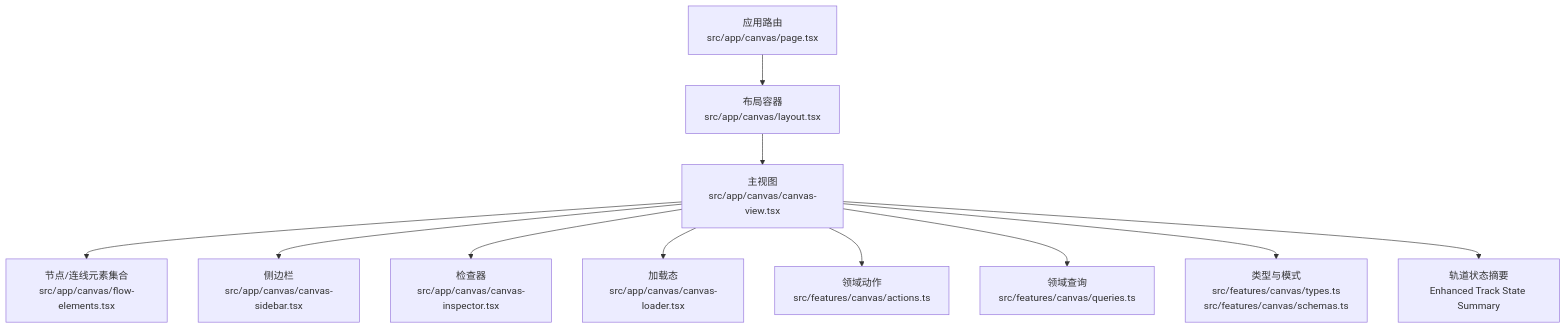
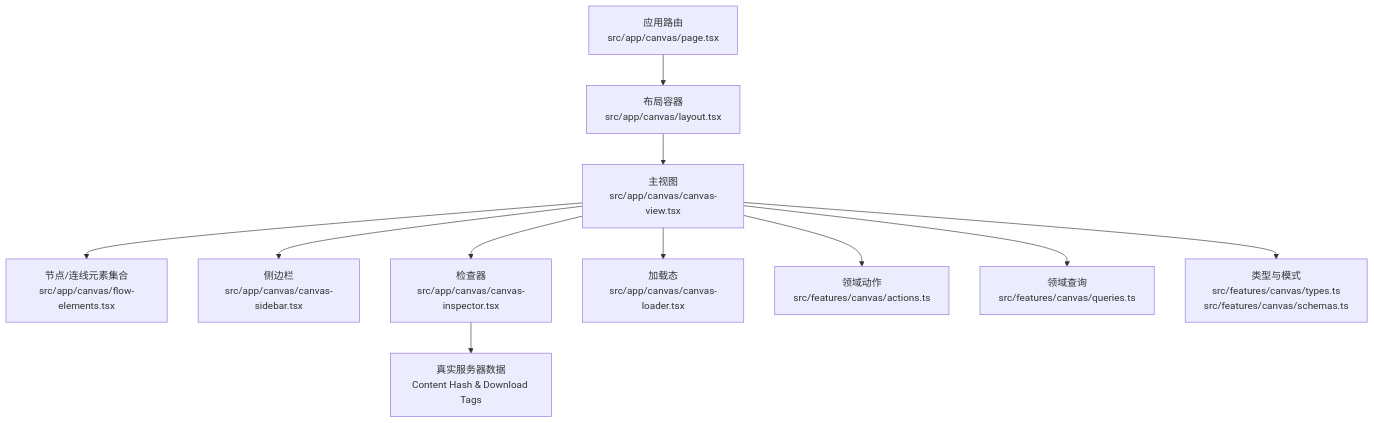
The first of 3 diagrams in .qoder/repowiki/zh/content/核心功能模块/画布编辑器/画布主视图.md (AIMFllyYS/code-video-canvas), drawn with Mermaid before and after one commit. The commit also changed other lines of this file and 20 other files, not shown here.

````diff
--- a/.qoder/repowiki/zh/content/核心功能模块/画布编辑器/画布主视图.md
+++ b/.qoder/repowiki/zh/content/核心功能模块/画布编辑器/画布主视图.md
@@ -49,13 +48,13 @@
 ```mermaid
 graph TB
 A["应用路由<br/>src/app/canvas/page.tsx"] --> B["布局容器<br/>src/app/canvas/layout.tsx"]
 B --> C["主视图<br/>src/app/canvas/canvas-view.tsx"]
 C --> D["节点/连线元素集合<br/>src/app/canvas/flow-elements.tsx"]
 C --> E["侧边栏<br/>src/app/canvas/canvas-sidebar.tsx"]
 C --> F["检查器<br/>src/app/canvas/canvas-inspector.tsx"]
 C --> G["加载态<br/>src/app/canvas/canvas-loader.tsx"]
 C --> H["领域动作<br/>src/features/canvas/actions.ts"]
 C --> I["领域查询<br/>src/features/canvas/queries.ts"]
 C --> J["类型与模式<br/>src/features/canvas/types.ts<br/>src/features/canvas/schemas.ts"]
-C --> K["轨道状态摘要<br/>Enhanced Track State Summary"]
+F --> K["真实服务器数据<br/>Content Hash & Download Tags"]
 ```
````
